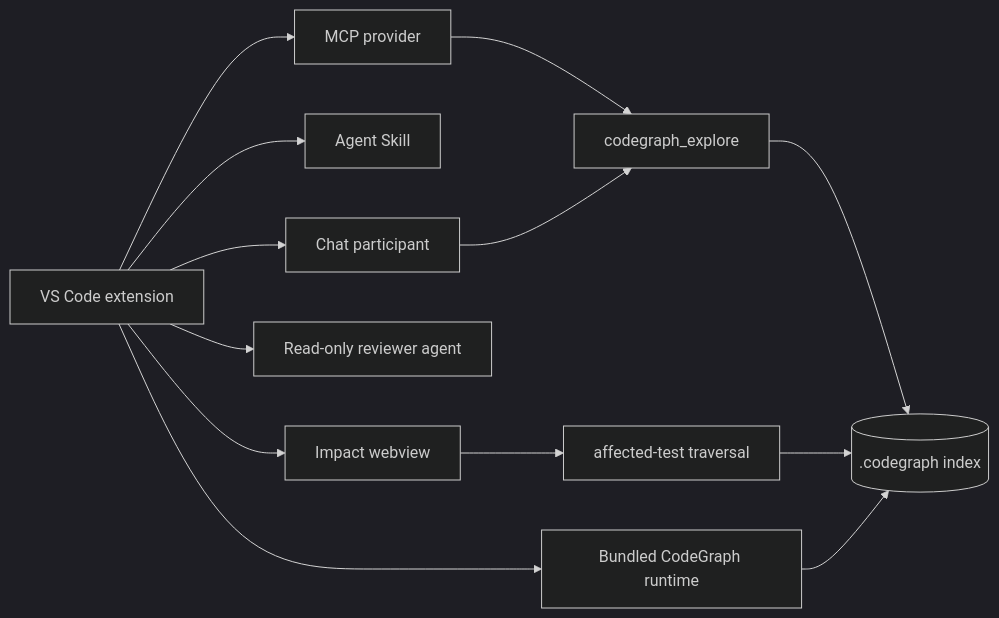
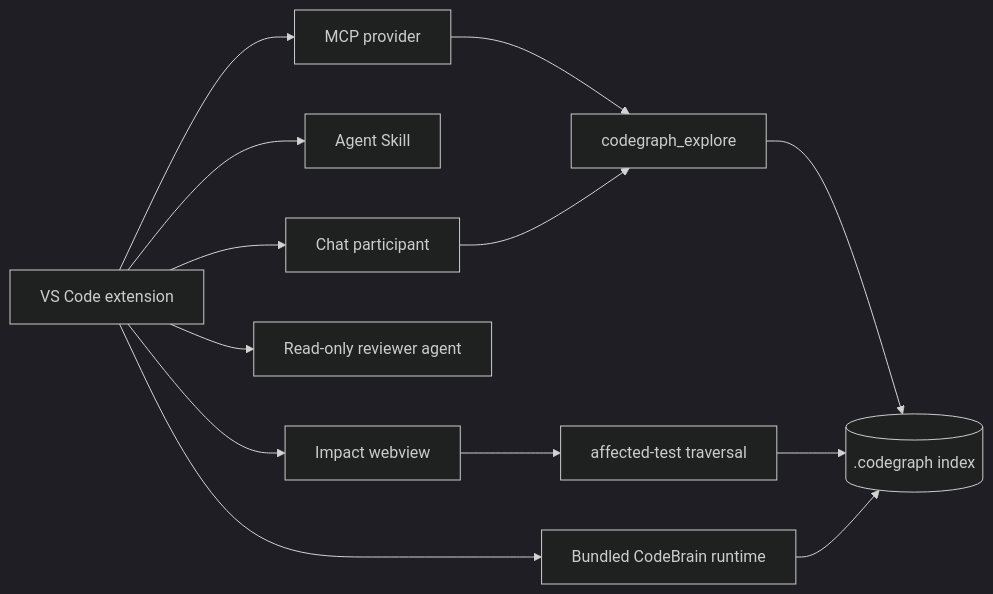
The diagram in vscode-extension/README.md (sang2770/codegraph), drawn with Mermaid (dark theme) before and after one commit. The commit also changed other lines of this file and 33 other files, not shown here.

````diff
--- a/vscode-extension/README.md
+++ b/vscode-extension/README.md
@@ -7,15 +9,15 @@
 ```mermaid
 flowchart LR
-  E[VS Code extension] --> R[Bundled CodeGraph runtime]
+  E[VS Code extension] --> R[Bundled CodeBrain runtime]
   E --> M[MCP provider]
   E --> S[Agent Skill]
   E --> C[Chat participant]
   E --> A[Read-only reviewer agent]
   E --> W[Impact webview]
   M --> X[codegraph_explore]
   C --> X
   W --> T[affected-test traversal]
   X --> I[(.codegraph index)]
   T --> I
   R --> I
 ```
````
